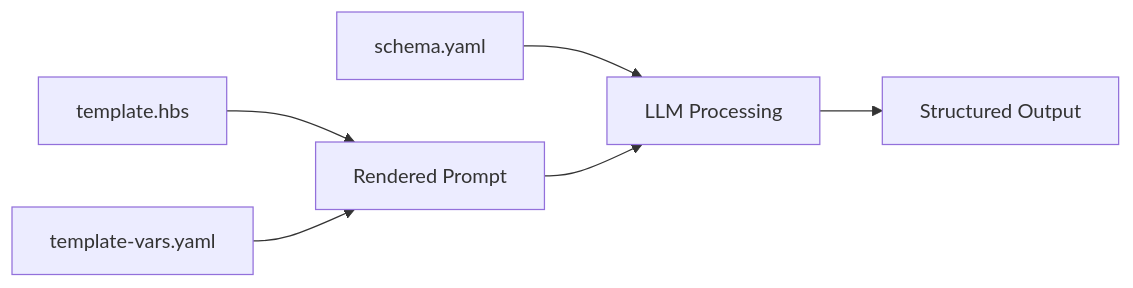
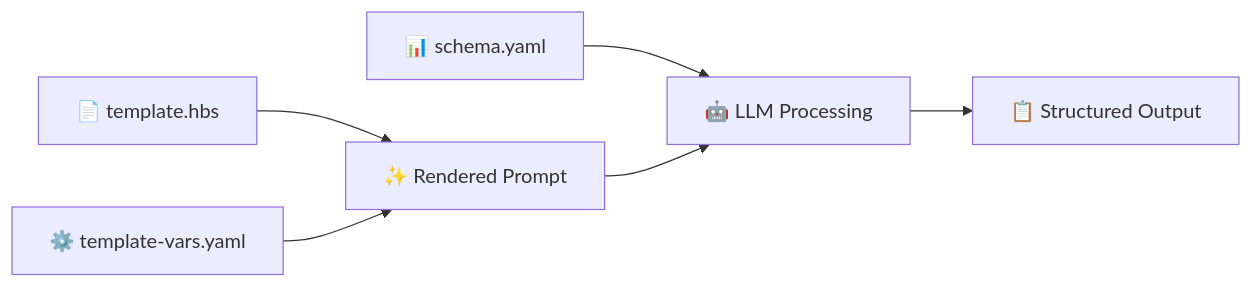
One commit to Nantero1/ai-first-devops-toolkit changed the diagram in examples/05-templates/pr-review-template/README.md. Above: the diagram before and after it, drawn with Mermaid. The commit also changed other lines of this file and 7 other files, not shown here.

````diff
--- a/examples/05-templates/pr-review-template/README.md
+++ b/examples/05-templates/pr-review-template/README.md
@@ -30,8 +32,8 @@
 ```mermaid
 graph LR
-    A[template.hbs] --> D[Rendered Prompt]
-    B[template-vars.yaml] --> D
-    C[schema.yaml] --> E[LLM Processing]
+    A[📄 template.hbs] --> D[✨ Rendered Prompt]
+    B[⚙️ template-vars.yaml] --> D
+    C[📊 schema.yaml] --> E[🤖 LLM Processing]
     D --> E
-    E --> F[Structured Output]
+    E --> F[📋 Structured Output]
 ```
````
